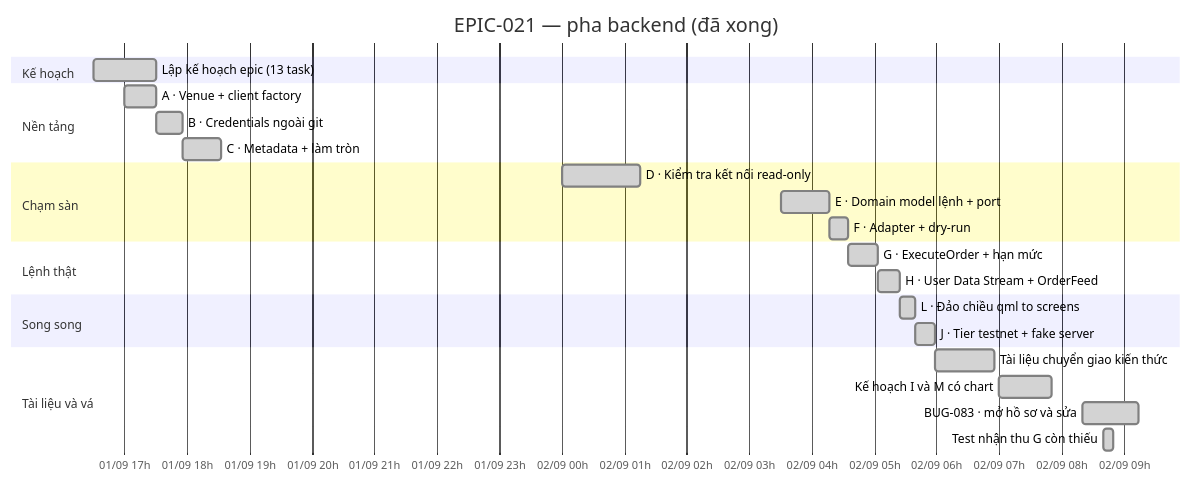
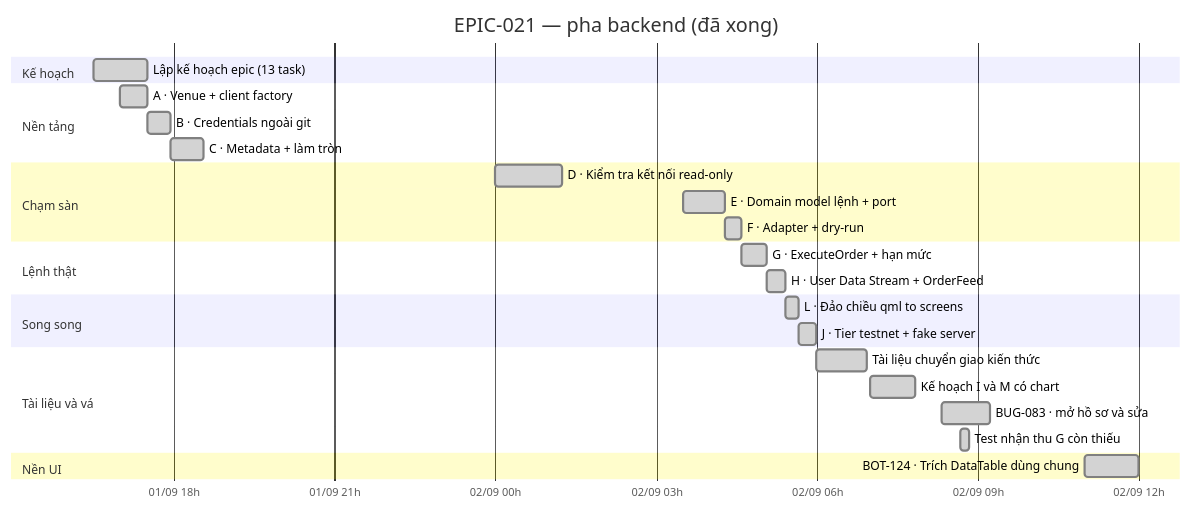
Before and after one commit to anhembedded/Sagittarius_Elite_Warrior: the third of 4 diagrams in Tasks/epics/EPIC-021_ket_noi_binance_futures_testnet/TRANG_THAI_va_LO_TRINH.md, drawn with Mermaid. The commit also changed other lines of this file and 14 other files, not shown here.

````diff
--- a/Tasks/epics/EPIC-021_ket_noi_binance_futures_testnet/TRANG_THAI_va_LO_TRINH.md
+++ b/Tasks/epics/EPIC-021_ket_noi_binance_futures_testnet/TRANG_THAI_va_LO_TRINH.md
@@ -114,34 +114,37 @@
 ```mermaid
 gantt
   title EPIC-021 — pha backend (đã xong)
   dateFormat YYYY-MM-DD HH:mm
   axisFormat %d/%m %Hh
   todayMarker off
 
   section Kế hoạch
   Lập kế hoạch epic (13 task)      :done, plan, 2026-09-01 16:30, 60m
 
   section Nền tảng
   A · Venue + client factory        :done, a, 2026-09-01 17:00, 30m
   B · Credentials ngoài git         :done, b, after a, 26m
   C · Metadata + làm tròn           :done, c, after b, 37m
 
   section Chạm sàn
   D · Kiểm tra kết nối read-only    :done, d, 2026-09-02 00:00, 75m
   E · Domain model lệnh + port      :done, e, 2026-09-02 03:30, 47m
   F · Adapter + dry-run             :done, f, after e, 18m
 
   section Lệnh thật
   G · ExecuteOrder + hạn mức        :done, g, after f, 29m
   H · User Data Stream + OrderFeed  :done, h, after g, 21m
 
   section Song song
   L · Đảo chiều qml to screens      :done, l, after h, 14m
   J · Tier testnet + fake server    :done, j, after l, 20m
 
   section Tài liệu và vá
   Tài liệu chuyển giao kiến thức    :done, doc, after j, 57m
   Kế hoạch I và M có chart          :done, pi, 2026-09-02 07:00, 50m
   BUG-083 · mở hồ sơ và sửa         :done, bug, 2026-09-02 08:20, 54m
   Test nhận thu G còn thiếu         :done, gt, 2026-09-02 08:40, 10m
+
+  section Nền UI
+  BOT-124 · Trích DataTable dùng chung :done, t124, 2026-09-02 11:00, 60m
 ```
````
